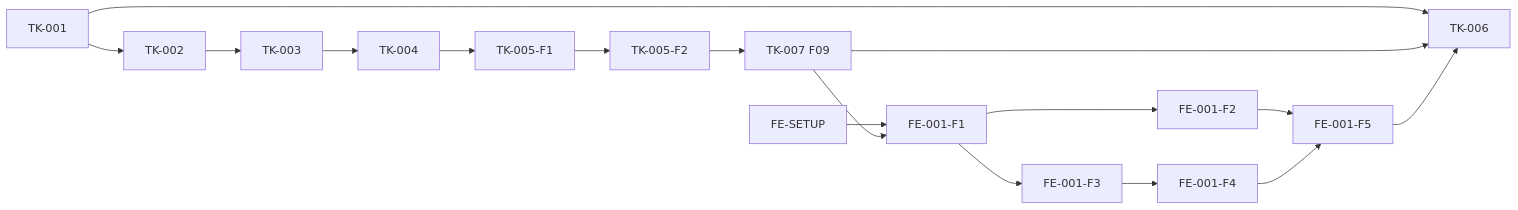
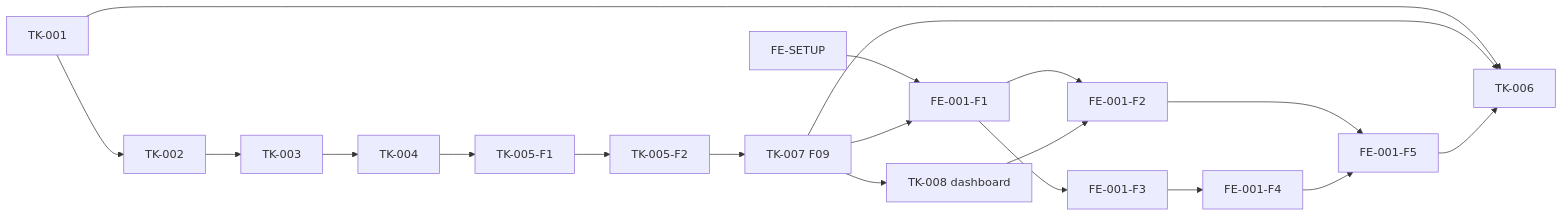
Before and after one commit to ThomSchery/DatasetFactory: the diagram in docs/tickets/INDEX.md, drawn with Mermaid. The commit also changed other lines of this file and 4 other files, not shown here.

````diff
--- a/docs/tickets/INDEX.md
+++ b/docs/tickets/INDEX.md
@@ -68,19 +74,21 @@
 ```mermaid
 graph LR
   A[TK-001] --> C[TK-002]
   C --> D[TK-003]
   D --> E[TK-004]
   E --> F1[TK-005-F1]
   F1 --> F2[TK-005-F2]
   F2 --> I[TK-007 F09]
   B[FE-SETUP] --> G1[FE-001-F1]
   I --> G1
+  I --> J[TK-008 dashboard]
   G1 --> G2[FE-001-F2]
+  J --> G2
   G1 --> G3[FE-001-F3]
   G3 --> G4[FE-001-F4]
   G2 --> G5[FE-001-F5]
   G4 --> G5
   A --> H[TK-006]
   I --> H
   G5 --> H
 ```
````
